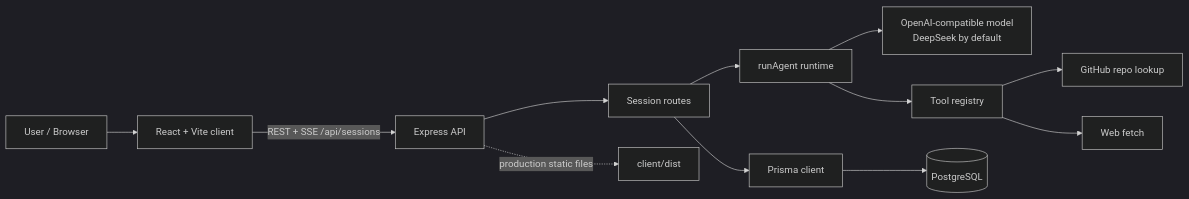
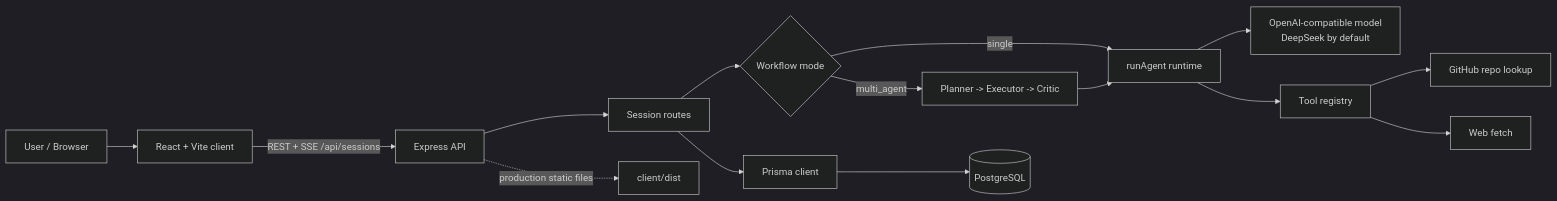
Before and after one commit to slince-zero/ai-agent-pro: the diagram in README.md, drawn with Mermaid (dark theme). The commit also changed other lines of this file and 19 other files, not shown here.

Commit message:
feat add multi-agent workflow (#61)

````diff
--- a/README.md
+++ b/README.md
@@ -29,18 +30,21 @@
 ```mermaid
 flowchart LR
   user["User / Browser"] --> client["React + Vite client"]
   client -->|"REST + SSE /api/sessions"| api["Express API"]
 
   api --> sessions["Session routes"]
-  sessions --> runtime["runAgent runtime"]
+  sessions --> mode{"Workflow mode"}
+  mode -->|"single"| runtime["runAgent runtime"]
+  mode -->|"multi_agent"| multi["Planner -> Executor -> Critic"]
+  multi --> runtime
   runtime --> model["OpenAI-compatible model\nDeepSeek by default"]
   runtime --> tools["Tool registry"]
 
   tools --> github["GitHub repo lookup"]
   tools --> fetch["Web fetch"]
 
   sessions --> prisma["Prisma client"]
   prisma --> db[("PostgreSQL")]
 
   api -. "production static files" .-> static["client/dist"]
 ```
````
